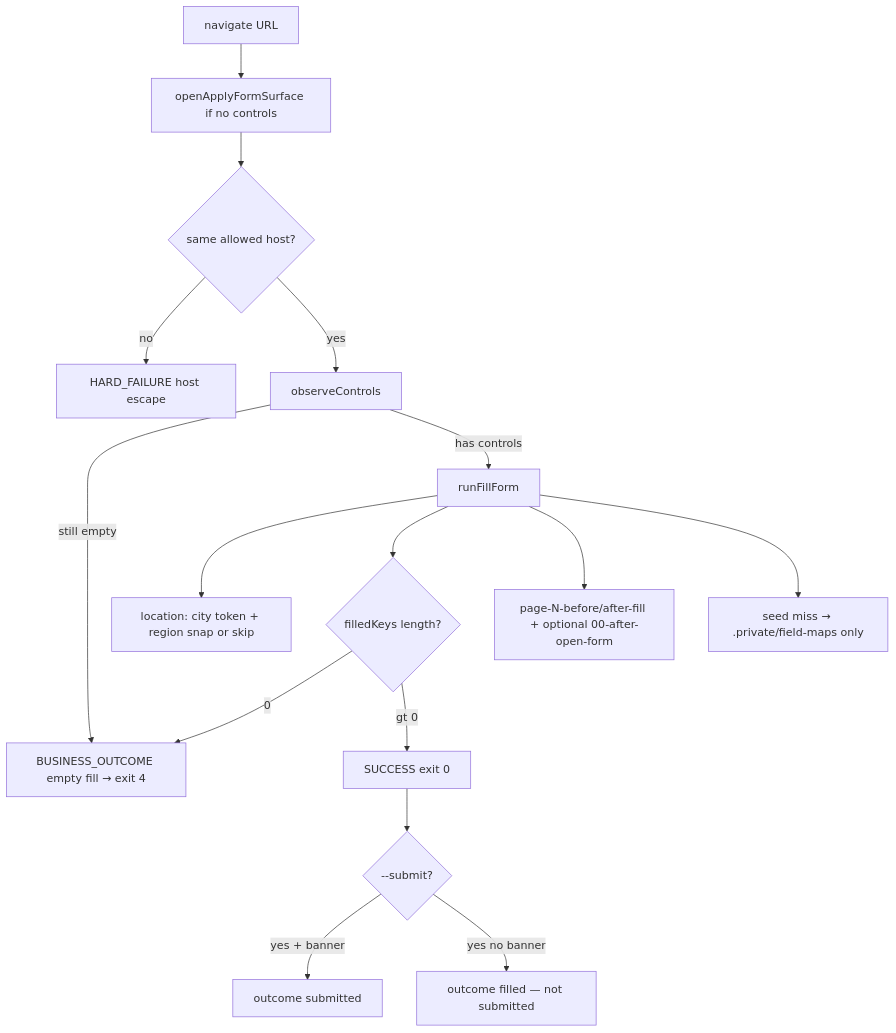
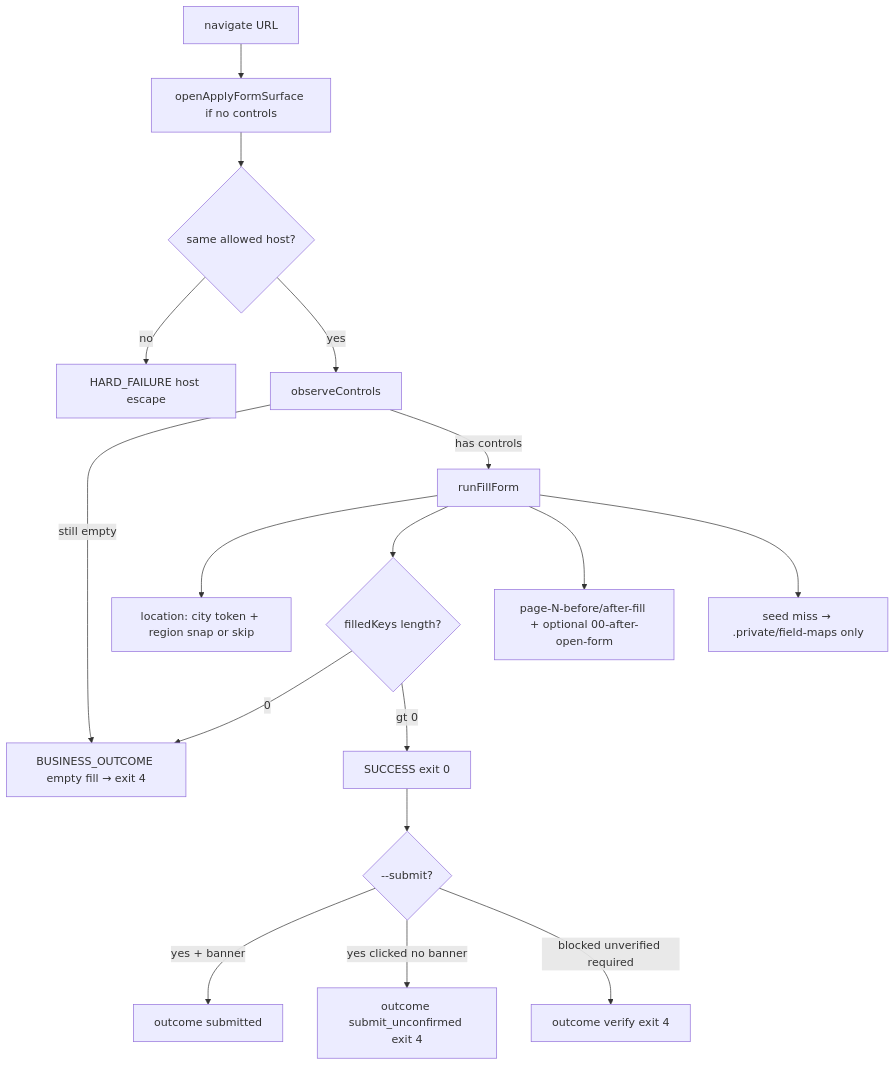
Before and after one commit to vishwaksena-dingari/computer-use-automation: diagram 13 of 13 in docs/ARCHITECTURE.md, drawn with Mermaid. The commit also changed other lines of this file and 32 other files, not shown here.

First line of the commit message:
Ship Adapt submit proof: verify ≠ click, phases, pre-submit gate.

````diff
--- a/docs/ARCHITECTURE.md
+++ b/docs/ARCHITECTURE.md
@@ -430,18 +430,19 @@
 ```mermaid
 flowchart TD
   nav[navigate URL] --> open["openApplyFormSurface if no controls"]
   open --> host{same allowed host?}
   host -->|no| fail4h[HARD_FAILURE host escape]
   host -->|yes| obs[observeControls]
   obs -->|still empty| fail4["BUSINESS_OUTCOME empty fill → exit 4"]
   obs -->|has controls| fill[runFillForm]
   fill --> loc["location: city token + region snap or skip"]
   fill --> keys{filledKeys length?}
   keys -->|0| fail4
   keys -->|gt 0| ok[SUCCESS exit 0]
   fill --> shots["page-N-before/after-fill + optional 00-after-open-form"]
   fill --> cache["seed miss → .private/field-maps only"]
   ok --> sub{--submit?}
   sub -->|yes + banner| submitted[outcome submitted]
-  sub -->|yes no banner| filledOnly[outcome filled — not submitted]
+  sub -->|yes clicked no banner| unconf[outcome submit_unconfirmed exit 4]
+  sub -->|blocked unverified required| verifyBlock[outcome verify exit 4]
 ```
````
